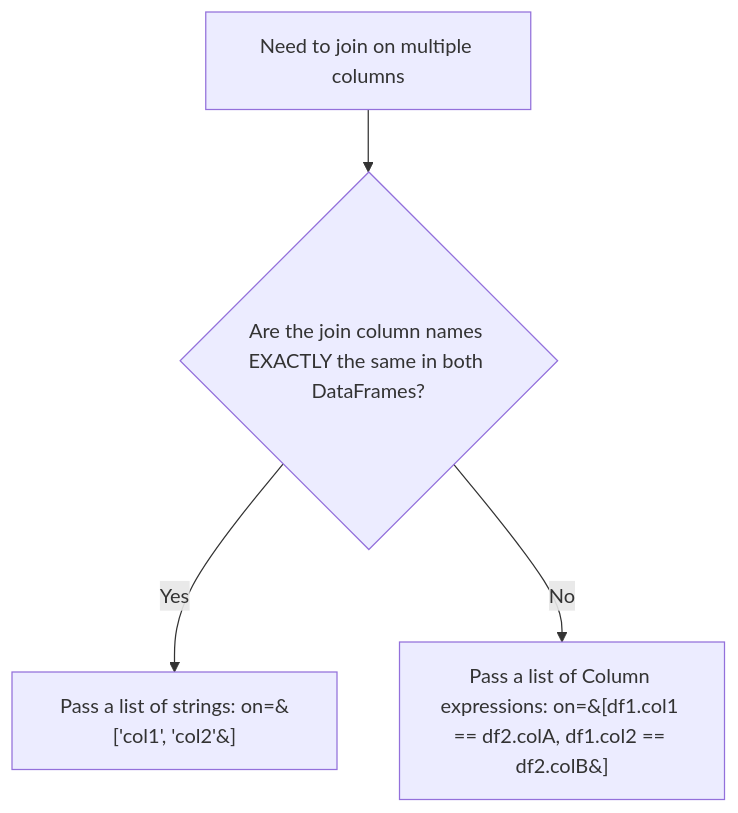
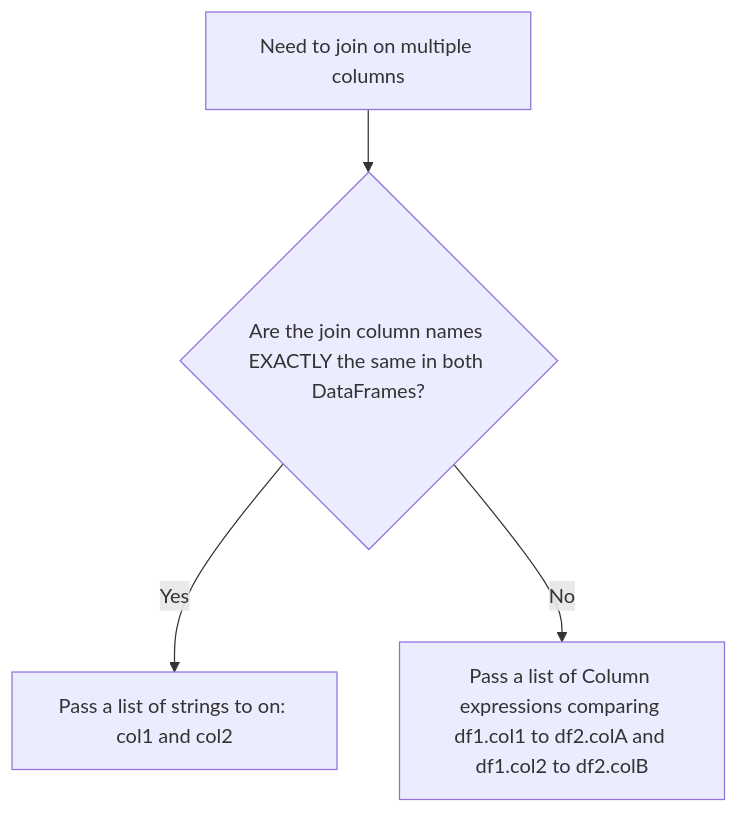
One commit to Balasubramanian-pg/PySpark-Interview-Prep changed the diagram in 2. Intermediate/2.1 Joins And Join Types/2.1.6 How do you perform a join on multiple columns.md. Above: the diagram before and after it, drawn with Mermaid.

Commit message:
Update 2.1.6 How do you perform a join on multiple columns.md

````diff
--- a/2. Intermediate/2.1 Joins And Join Types/2.1.6 How do you perform a join on multiple columns.md
+++ b/2. Intermediate/2.1 Joins And Join Types/2.1.6 How do you perform a join on multiple columns.md
@@ -38,6 +38,6 @@
 ```mermaid
 graph TD
     A[Need to join on multiple columns] --> B{Are the join column names EXACTLY the same in both DataFrames?}
-    B -- Yes --> C[Pass a list of strings: on=&#91;'col1', 'col2'&#93;]
-    B -- No --> D[Pass a list of Column expressions: on=&#91;df1.col1 == df2.colA, df1.col2 == df2.colB&#93;]
+    B -- Yes --> C[Pass a list of strings to on: col1 and col2]
+    B -- No --> D[Pass a list of Column expressions comparing df1.col1 to df2.colA and df1.col2 to df2.colB]
 ```
````
